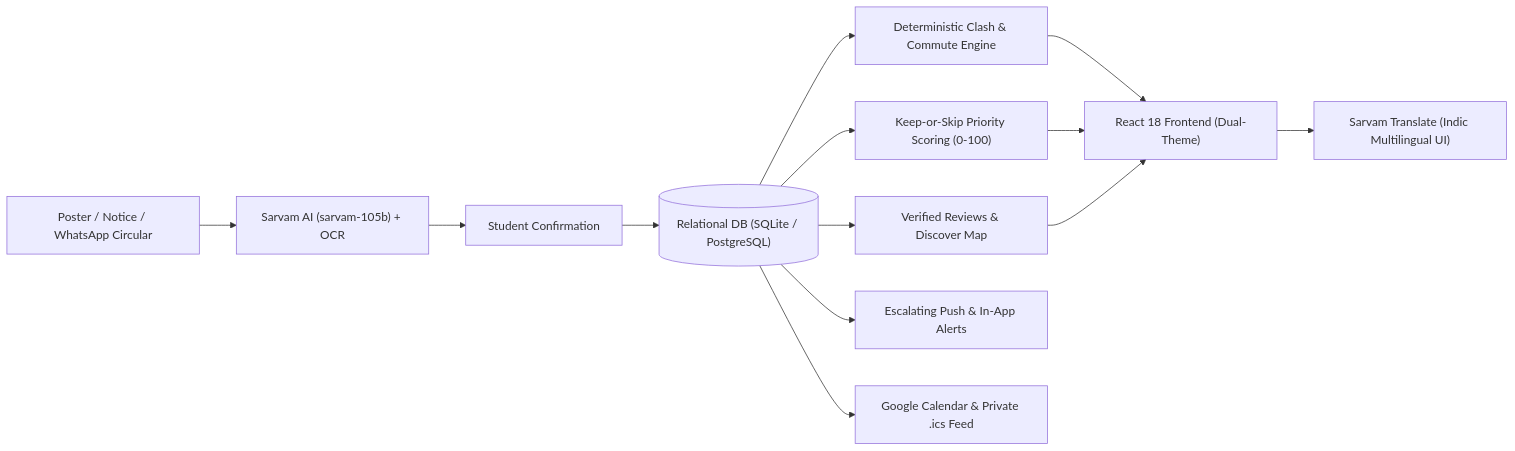
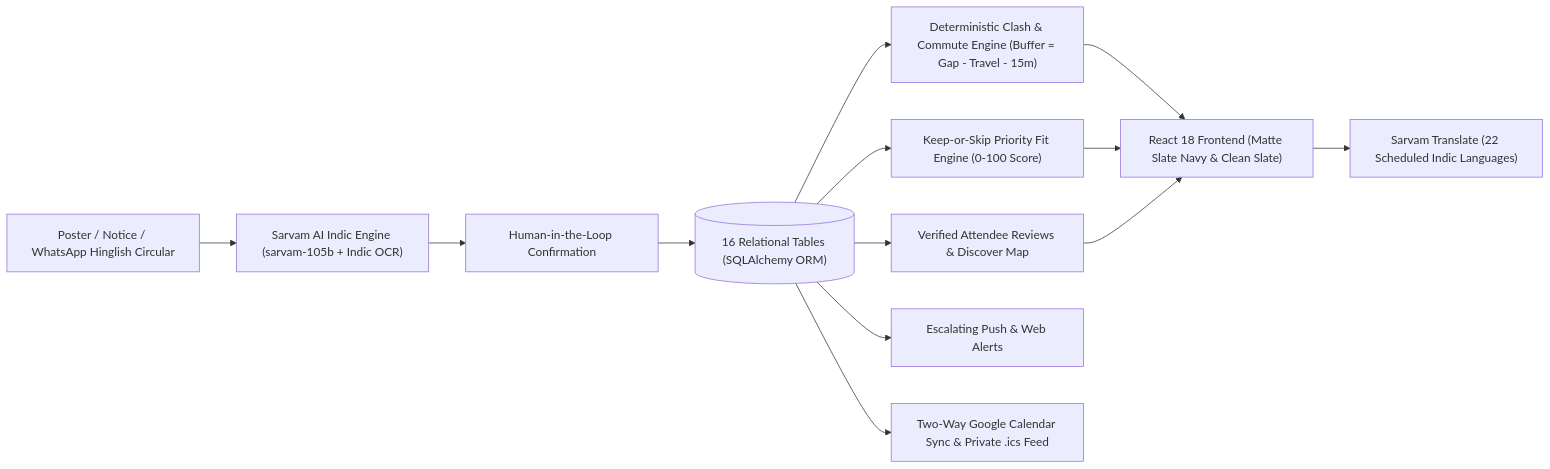
Before and after one commit to manavsetia008/Eventure: the diagram in README.md, drawn with Mermaid. The commit also changed other lines of this file and 18 other files, not shown here.

Commit message:
Production overhaul: Sarvam AI Indic intelligence, clash radar, submission vault & UI refresh

````diff
--- a/README.md
+++ b/README.md
@@ -31,15 +33,15 @@
 ```mermaid
 flowchart LR
-  A["Poster / Notice / WhatsApp Circular"] --> B["Sarvam AI (sarvam-105b) + OCR"]
-  B --> C["Student Confirmation"]
-  C --> D[("Relational DB (SQLite / PostgreSQL)")]
-  D --> E["Deterministic Clash & Commute Engine"]
-  D --> F["Keep-or-Skip Priority Scoring (0-100)"]
-  D --> G["Verified Reviews & Discover Map"]
-  E --> H["React 18 Frontend (Dual-Theme)"]
+  A["Poster / Notice / WhatsApp Hinglish Circular"] --> B["Sarvam AI Indic Engine (sarvam-105b + Indic OCR)"]
+  B --> C["Human-in-the-Loop Confirmation"]
+  C --> D[("16 Relational Tables (SQLAlchemy ORM)")]
+  D --> E["Deterministic Clash & Commute Engine (Buffer = Gap - Travel - 15m)"]
+  D --> F["Keep-or-Skip Priority Fit Engine (0-100 Score)"]
+  D --> G["Verified Attendee Reviews & Discover Map"]
+  E --> H["React 18 Frontend (Matte Slate Navy & Clean Slate)"]
   F --> H
   G --> H
-  H --> K["Sarvam Translate (Indic Multilingual UI)"]
-  D --> I["Escalating Push & In-App Alerts"]
-  D --> J["Google Calendar & Private .ics Feed"]
+  H --> K["Sarvam Translate (22 Scheduled Indic Languages)"]
+  D --> I["Escalating Push & Web Alerts"]
+  D --> J["Two-Way Google Calendar Sync & Private .ics Feed"]
 ```
````
